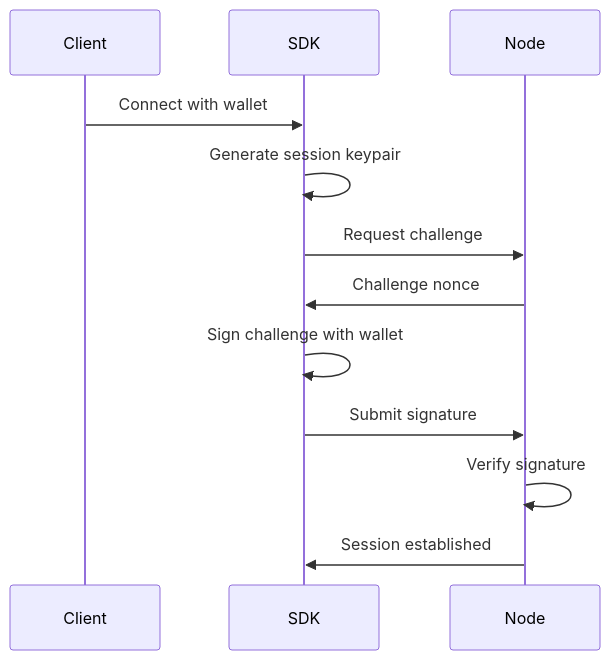
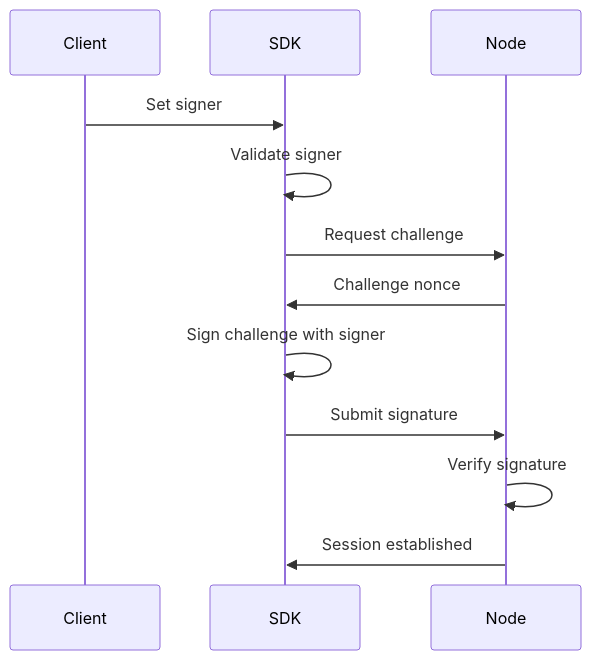
The ninth of 9 diagrams in docs/ARCHITECTURE.md (Fabstir/fabstir-llm-sdk), drawn with Mermaid before and after one commit. The commit also changed other lines of this file and 5 other files, not shown here.

````diff
--- a/docs/ARCHITECTURE.md
+++ b/docs/ARCHITECTURE.md
@@ -414,15 +455,15 @@
 ```mermaid
 sequenceDiagram
     participant Client
     participant SDK
     participant Node
     
-    Client->>SDK: Connect with wallet
-    SDK->>SDK: Generate session keypair
+    Client->>SDK: Set signer
+    SDK->>SDK: Validate signer
     SDK->>Node: Request challenge
     Node->>SDK: Challenge nonce
-    SDK->>SDK: Sign challenge with wallet
+    SDK->>SDK: Sign challenge with signer
     SDK->>Node: Submit signature
     Node->>Node: Verify signature
     Node->>SDK: Session established
 ```
````
